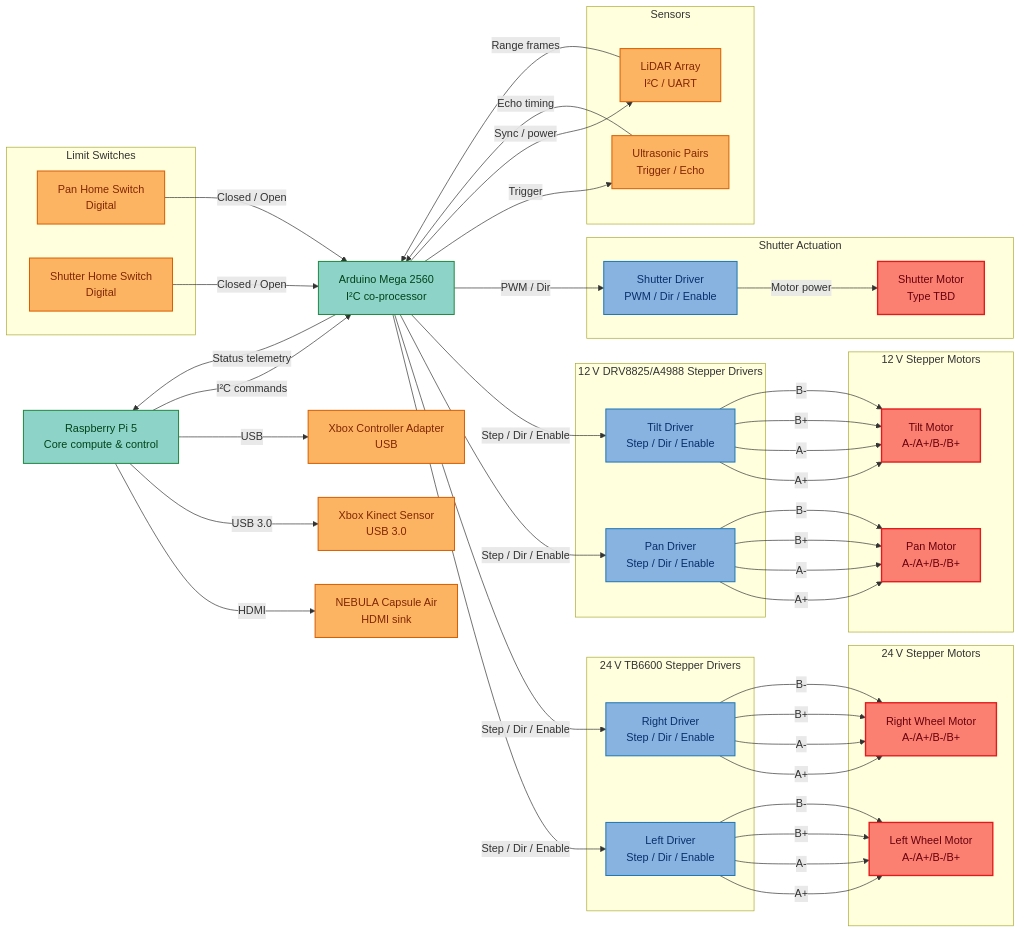
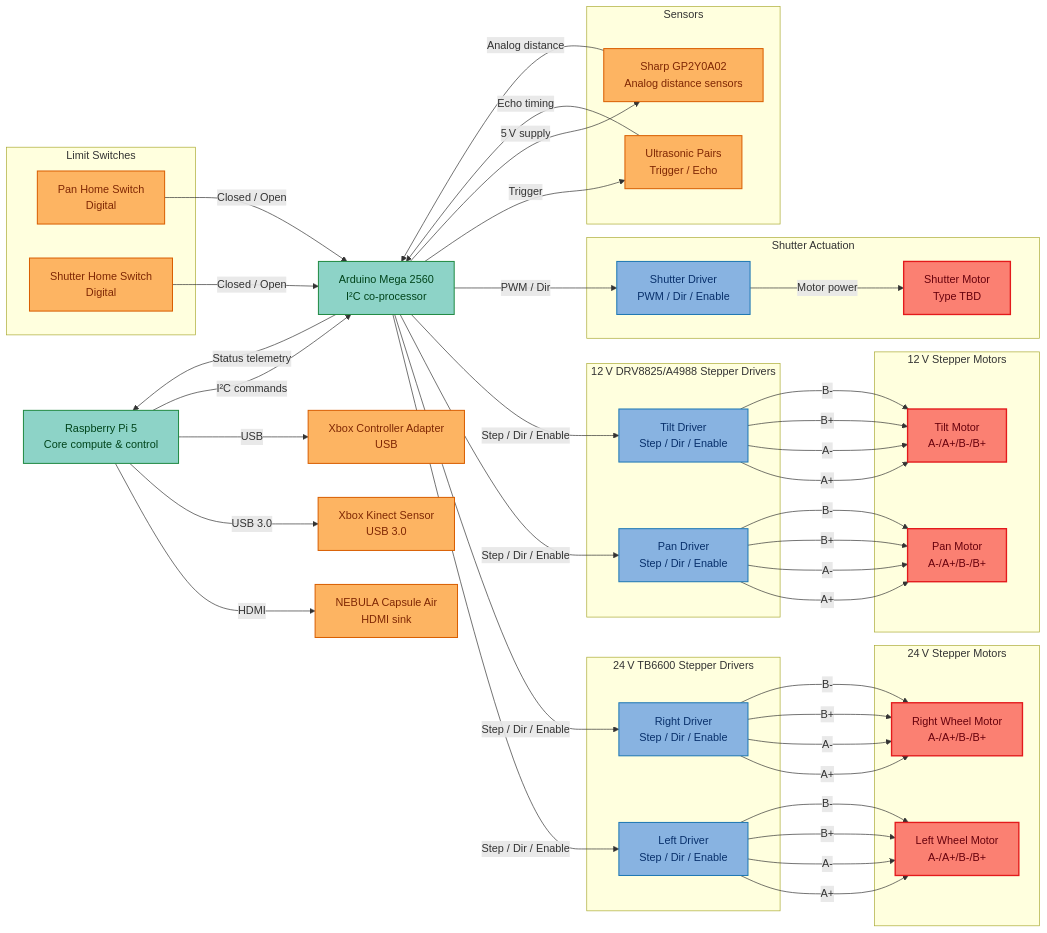
One commit to Mutilar/Marp changed the second of 2 diagrams in readme.md. Above: the diagram before and after it, drawn with Mermaid. The commit also changed other lines of this file and 7 other files, not shown here.

```diff
--- a/readme.md
+++ b/readme.md
@@ -127,7 +127,7 @@
 
     subgraph SensorCluster["Sensors"]
         UltrasonicArray["Ultrasonic Pairs\nTrigger / Echo"]
-        LiDARArray["LiDAR Array\nI²C / UART"]
+        IRArray["Sharp GP2Y0A02\nAnalog distance sensors"]
     end
 
     subgraph LimitSwitches["Limit Switches"]
@@ -152,8 +152,8 @@
     Arduino -->|PWM / Dir| ShutterDriver
     Arduino -->|Trigger| UltrasonicArray
     UltrasonicArray -->|Echo timing| Arduino
-    LiDARArray -->|Range frames| Arduino
-    Arduino -->|Sync / power| LiDARArray
+    IRArray -->|Analog distance| Arduino
+    Arduino -->|5 V supply| IRArray
     PanLimit -->|Closed / Open| Arduino
     ShutterLimit -->|Closed / Open| Arduino
 
@@ -176,7 +176,7 @@
     ShutterDriver -->|Motor power| ShutterMotor
 
     class Pi,Arduino compute
-    class Projector,Kinect,Controller,UltrasonicArray,LiDARArray,PanLimit,ShutterLimit peripheral
+    class Projector,Kinect,Controller,UltrasonicArray,IRArray,PanLimit,ShutterLimit peripheral
     class StepperL,StepperR,StepperPan,StepperTilt,ShutterDriver driver
     class MotorLeft,MotorRight,MotorPan,MotorTilt,ShutterMotor motor
 
```
